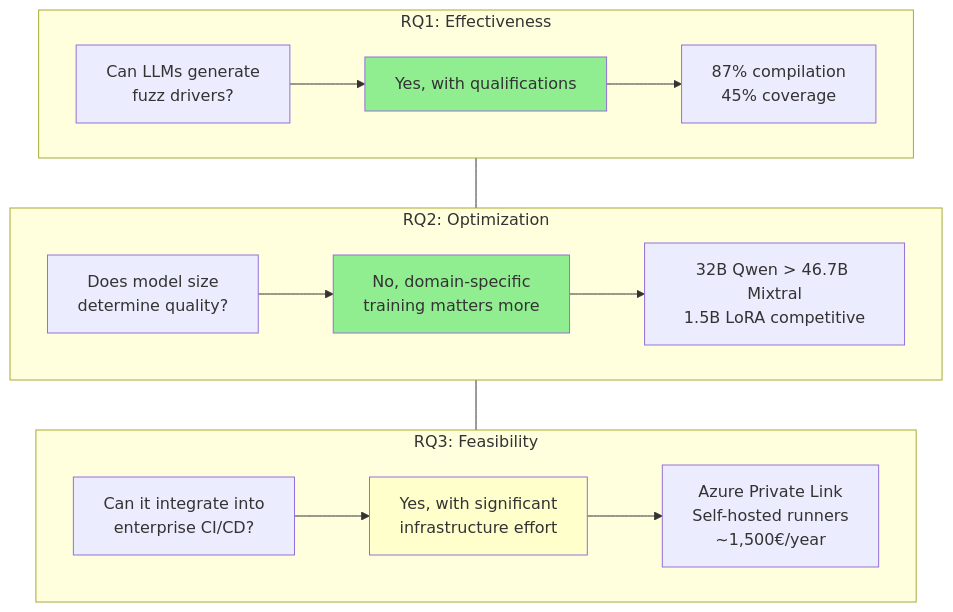
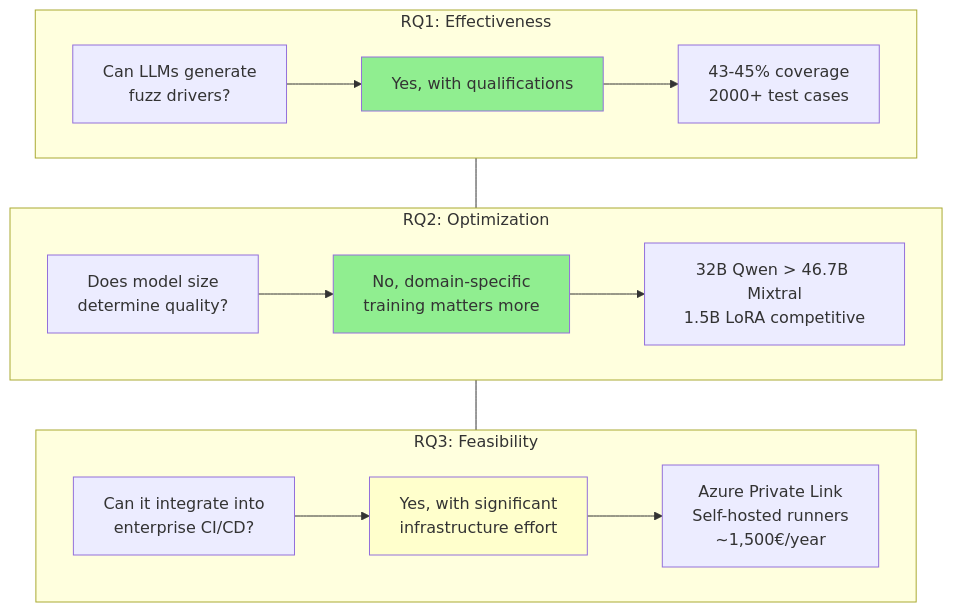
The fifth of 6 diagrams in Chapter_6_Discussion_and_Conclusion.md (abrar0205/temp_thesis), drawn with Mermaid before and after one commit. The commit also changed other lines of this file, not shown here.

````diff
--- a/Chapter_6_Discussion_and_Conclusion.md
+++ b/Chapter_6_Discussion_and_Conclusion.md
@@ -372,29 +370,29 @@
 ```mermaid
 flowchart TB
     subgraph RQ1["RQ1: Effectiveness"]
         Q1[Can LLMs generate<br>fuzz drivers?]
         A1[Yes, with qualifications]
-        E1[87% compilation<br>45% coverage]
+        E1[43-45% coverage<br>2000+ test cases]
         Q1 --> A1 --> E1
     end
     
     subgraph RQ2["RQ2: Optimization"]
         Q2[Does model size<br>determine quality?]
         A2[No, domain-specific<br>training matters more]
         E2[32B Qwen > 46.7B Mixtral<br>1.5B LoRA competitive]
         Q2 --> A2 --> E2
     end
     
     subgraph RQ3["RQ3: Feasibility"]
         Q3[Can it integrate into<br>enterprise CI/CD?]
         A3[Yes, with significant<br>infrastructure effort]
         E3[Azure Private Link<br>Self-hosted runners<br>~1,500€/year]
         Q3 --> A3 --> E3
     end
     
     RQ1 --- RQ2 --- RQ3
     
     style A1 fill:#90EE90
     style A2 fill:#90EE90
     style A3 fill:#FFFFCC
 ```
````
